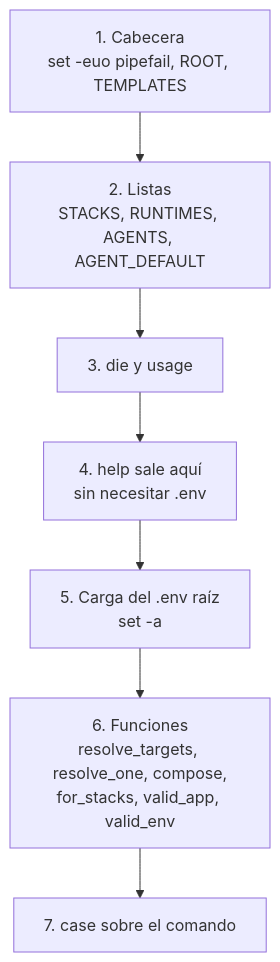
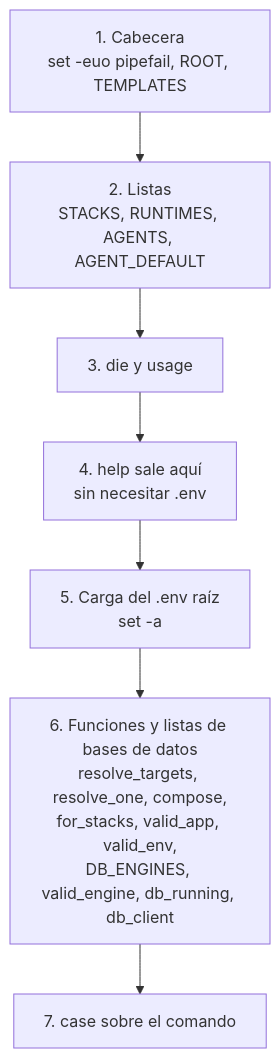
One commit to TorresMBA/mercury-devops-lab changed the first of 2 diagrams in docs/scripts/02-mercury.md. Above: the diagram before and after it, drawn with Mermaid. The commit also changed other lines of this file and 22 other files, not shown here.

````diff
--- a/docs/scripts/02-mercury.md
+++ b/docs/scripts/02-mercury.md
@@ -16,11 +16,11 @@
 ```mermaid
 flowchart TB
   a["1. Cabecera<br/>set -euo pipefail, ROOT, TEMPLATES"]
   b["2. Listas<br/>STACKS, RUNTIMES, AGENTS, AGENT_DEFAULT"]
   c["3. die y usage"]
   d["4. help sale aquí<br/>sin necesitar .env"]
   e["5. Carga del .env raíz<br/>set -a"]
-  f["6. Funciones<br/>resolve_targets, resolve_one, compose,<br/>for_stacks, valid_app, valid_env"]
+  f["6. Funciones y listas de bases de datos<br/>resolve_targets, resolve_one, compose,<br/>for_stacks, valid_app, valid_env,<br/>DB_ENGINES, valid_engine, db_running, db_client"]
   g["7. case sobre el comando"]
   a --> b --> c --> d --> e --> f --> g
 ```
````
